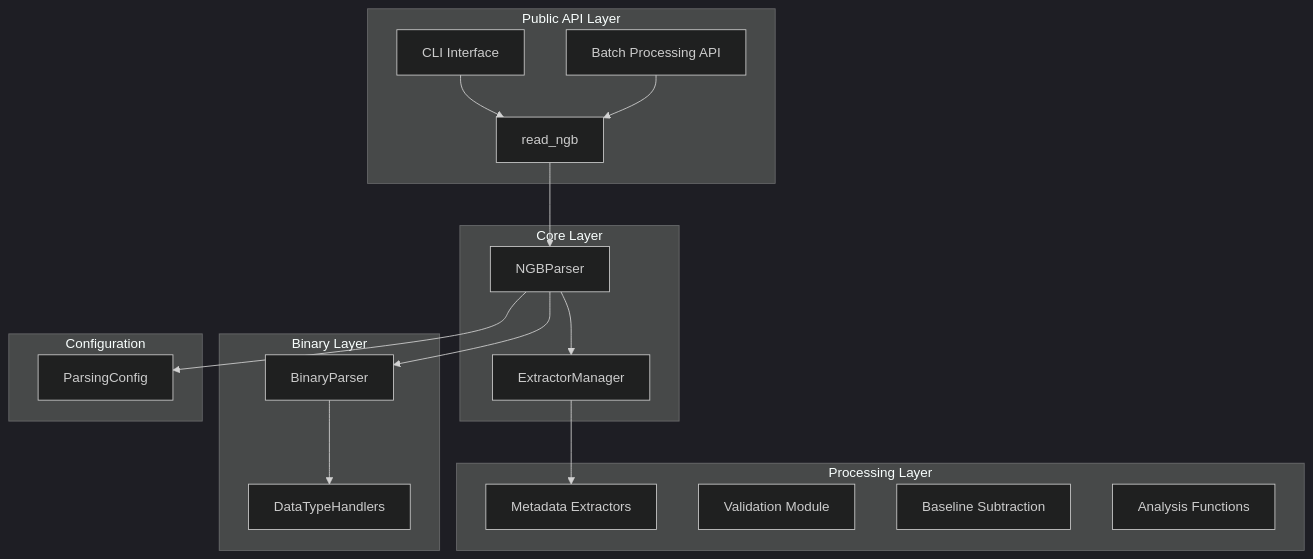
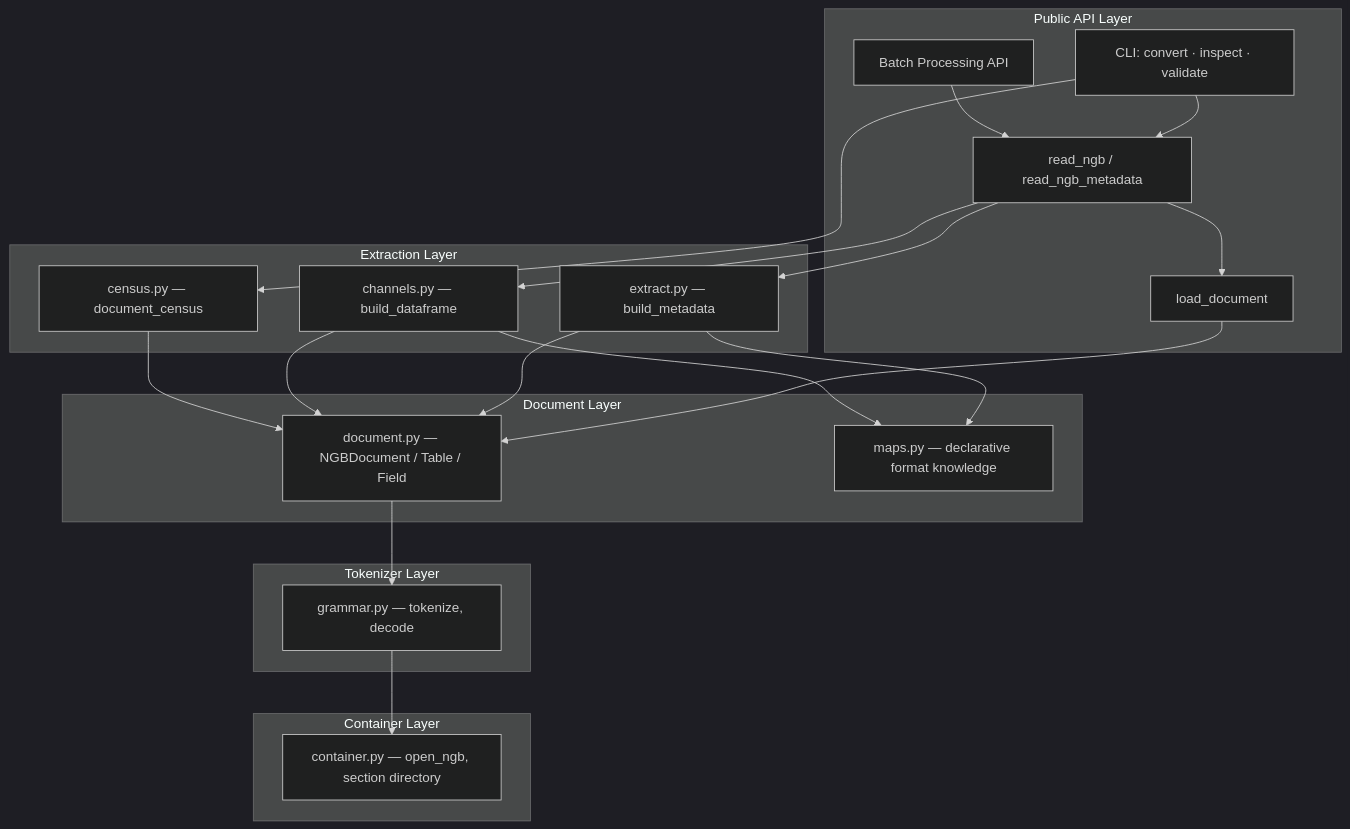
Before and after one commit to GraysonBellamy/pyngb: the first of 2 diagrams in docs/architecture.md, drawn with Mermaid (dark theme). The commit also changed other lines of this file and 14 other files, not shown here.

````diff
--- a/docs/architecture.md
+++ b/docs/architecture.md
@@ -15,38 +31,43 @@
 ```mermaid
 graph TB
     subgraph "Public API Layer"
-        A[read_ngb]
-        B[CLI Interface]
+        A[read_ngb / read_ngb_metadata]
+        B[CLI: convert · inspect · validate]
         C[Batch Processing API]
+        L[load_document]
     end
 
-    subgraph "Core Layer"
-        D[NGBParser]
-        E[ExtractorManager]
+    subgraph "Extraction Layer"
+        E[extract.py — build_metadata]
+        F[channels.py — build_dataframe]
+        G[census.py — document_census]
     end
 
-    subgraph "Processing Layer"
-        F[Metadata Extractors]
-        G[Validation Module]
-        H[Baseline Subtraction]
-        I[Analysis Functions]
+    subgraph "Document Layer"
+        D[document.py — NGBDocument / Table / Field]
+        M[maps.py — declarative format knowledge]
     end
 
-    subgraph "Binary Layer"
-        J[BinaryParser]
-        K[DataTypeHandlers]
+    subgraph "Tokenizer Layer"
+        T[grammar.py — tokenize, decode]
     end
 
-    subgraph "Configuration"
-        N[ParsingConfig]
+    subgraph "Container Layer"
+        K[container.py — open_ngb, section directory]
     end
 
-    A --> D
+    A --> E
+    A --> F
     B --> A
+    B --> G
     C --> A
-    D --> E
-    D --> J
-    E --> F
-    J --> K
-    D --> N
+    L --> D
+    A --> L
+    E --> D
+    F --> D
+    G --> D
+    E --> M
+    F --> M
+    D --> T
+    T --> K
 ```
````
